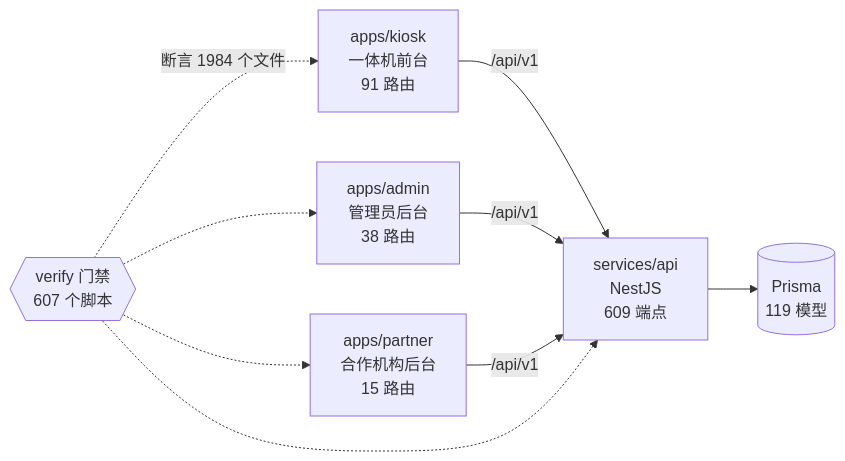
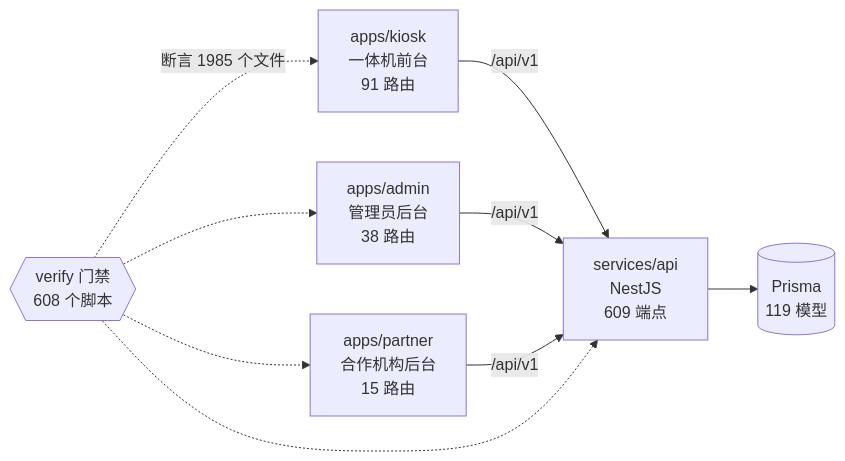
One commit to wanglei581/YITIJI changed the diagram in docs/graph/README.md. Above: the diagram before and after it, drawn with Mermaid. The commit also changed other lines of this file and 3 other files, not shown here.

First line of the commit message:
记下打印队列诊断与显式 A4 的进度并更新图谱

````diff
--- a/docs/graph/README.md
+++ b/docs/graph/README.md
@@ -68,18 +68,18 @@
 ```mermaid
 flowchart LR
   kiosk["apps/kiosk<br/>一体机前台<br/>91 路由"]
   admin["apps/admin<br/>管理员后台<br/>38 路由"]
   partner["apps/partner<br/>合作机构后台<br/>15 路由"]
   api["services/api<br/>NestJS<br/>609 端点"]
   db[("Prisma<br/>119 模型")]
-  gates{{"verify 门禁<br/>607 个脚本"}}
+  gates{{"verify 门禁<br/>608 个脚本"}}
 
   kiosk -->|"/api/v1"| api
   admin -->|"/api/v1"| api
   partner -->|"/api/v1"| api
   api --> db
-  gates -.->|"断言 1984 个文件"| kiosk
+  gates -.->|"断言 1985 个文件"| kiosk
   gates -.-> admin
   gates -.-> partner
   gates -.-> api
 ```
````
